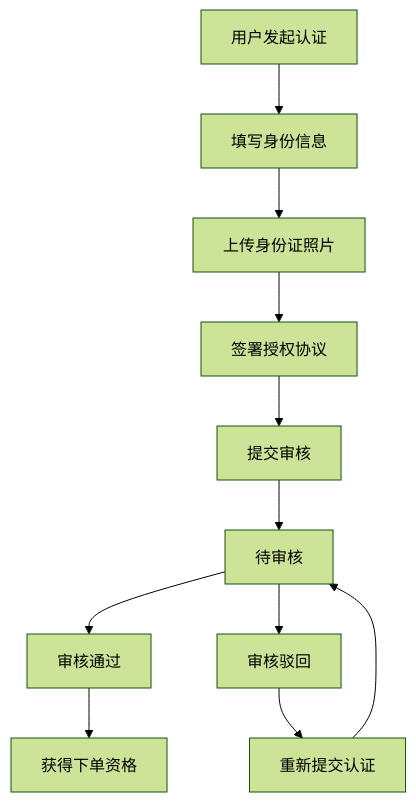
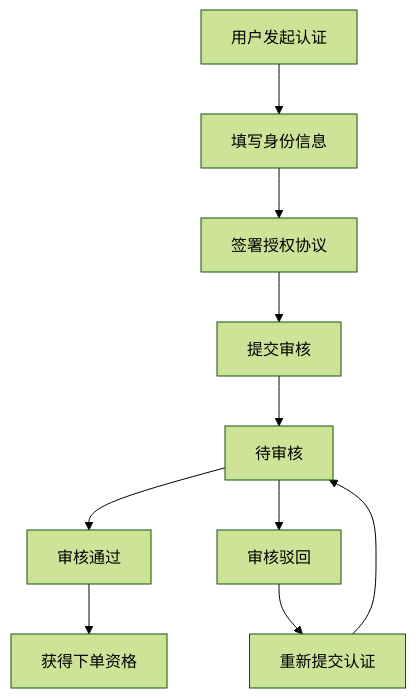
The second of 18 diagrams in .qoder/repowiki/zh/content/业务功能模块/医疗配送模块功能设计.md (Giraffe-Han/microAPP), drawn with Mermaid (forest theme) before and after one commit. The commit also changed other lines of this file and 143 other files, not shown here.

````diff
--- a/.qoder/repowiki/zh/content/业务功能模块/医疗配送模块功能设计.md
+++ b/.qoder/repowiki/zh/content/业务功能模块/医疗配送模块功能设计.md
@@ -151,13 +151,12 @@
 ```mermaid
 flowchart TD
 Start[用户发起认证] --> FillInfo[填写身份信息]
-FillInfo --> UploadPhoto[上传身份证照片]
-UploadPhoto --> SignAgreement[签署授权协议]
+FillInfo --> SignAgreement[签署授权协议]
 SignAgreement --> Submit[提交审核]
 Submit --> Pending[待审核]
 Pending --> Approved[审核通过]
 Pending --> Rejected[审核驳回]
 Approved --> Ready[获得下单资格]
 Rejected --> Resubmit[重新提交认证]
 Resubmit --> Pending
 ```
````
